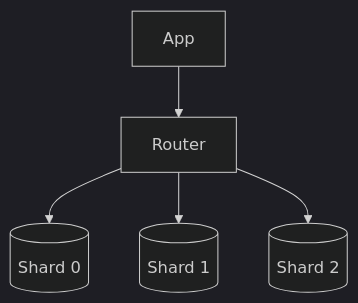
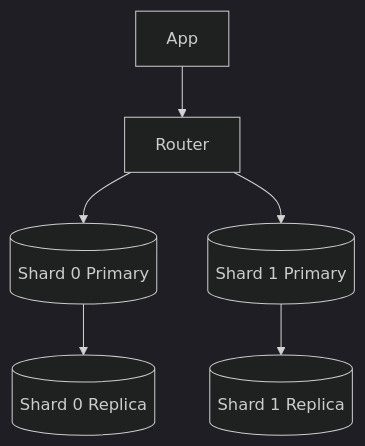
One commit to saroj990/system-design changed the sixth of 9 diagrams in fundamentals/07-replication-sharding.md. Above: the diagram before and after it, drawn with Mermaid (dark theme). The commit also changed other lines of this file and 14 other files, not shown here.

````diff
--- a/fundamentals/07-replication-sharding.md
+++ b/fundamentals/07-replication-sharding.md
@@ -39,7 +211,8 @@
 ```mermaid
 flowchart TB
   App --> Router
-  Router --> S0[(Shard 0)]
-  Router --> S1[(Shard 1)]
-  Router --> S2[(Shard 2)]
+  Router --> S0P[(Shard 0 Primary)]
+  Router --> S1P[(Shard 1 Primary)]
+  S0P --> S0R[(Shard 0 Replica)]
+  S1P --> S1R[(Shard 1 Replica)]
 ```
````
